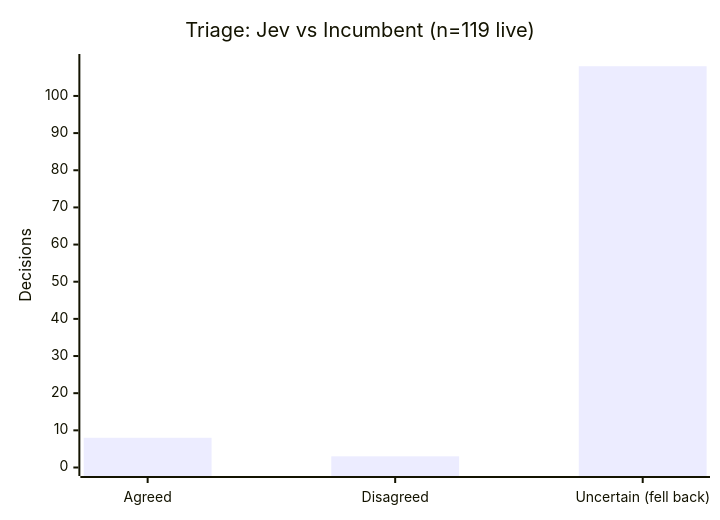
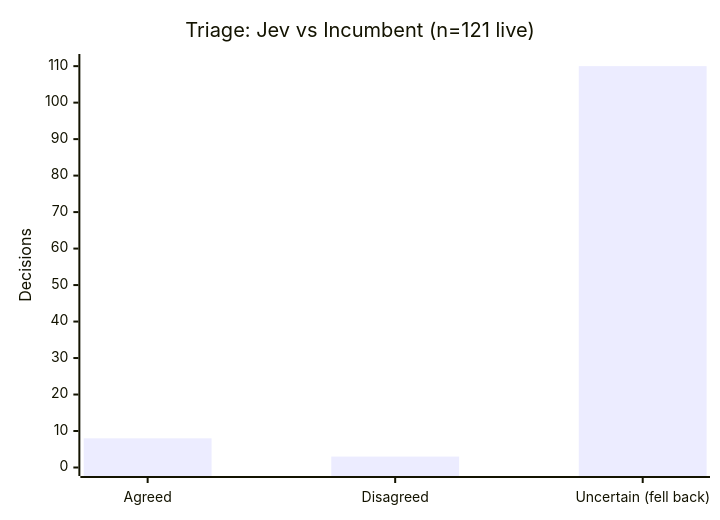
Before and after one commit to Sanctum-Origo-Systems/autoloop: the first of 6 diagrams in JEV.md, drawn with Mermaid. The commit also changed other lines of this file, not shown here.

Commit message:
chore: update jev report (2026-11-11) (#509)

````diff
--- a/JEV.md
+++ b/JEV.md
@@ -9,7 +9,7 @@
 ```mermaid
 xychart-beta
-    title "Triage: Jev vs Incumbent (n=119 live)"
+    title "Triage: Jev vs Incumbent (n=121 live)"
     x-axis ["Agreed", "Disagreed", "Uncertain (fell back)"]
-    y-axis "Decisions" 0 --> 109
-    bar [8, 3, 108]
+    y-axis "Decisions" 0 --> 111
+    bar [8, 3, 110]
 ```
````
